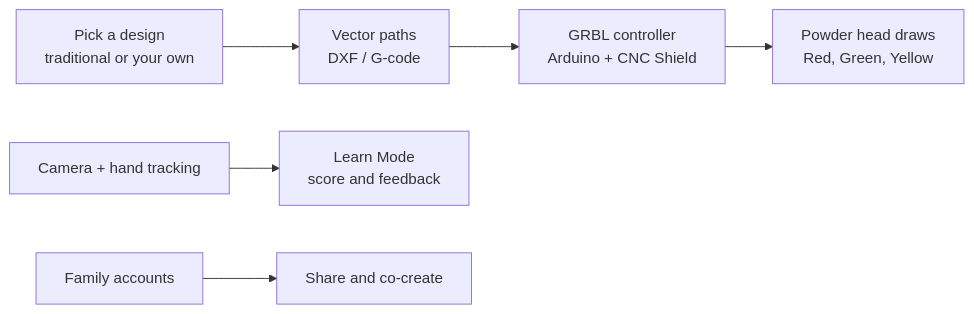
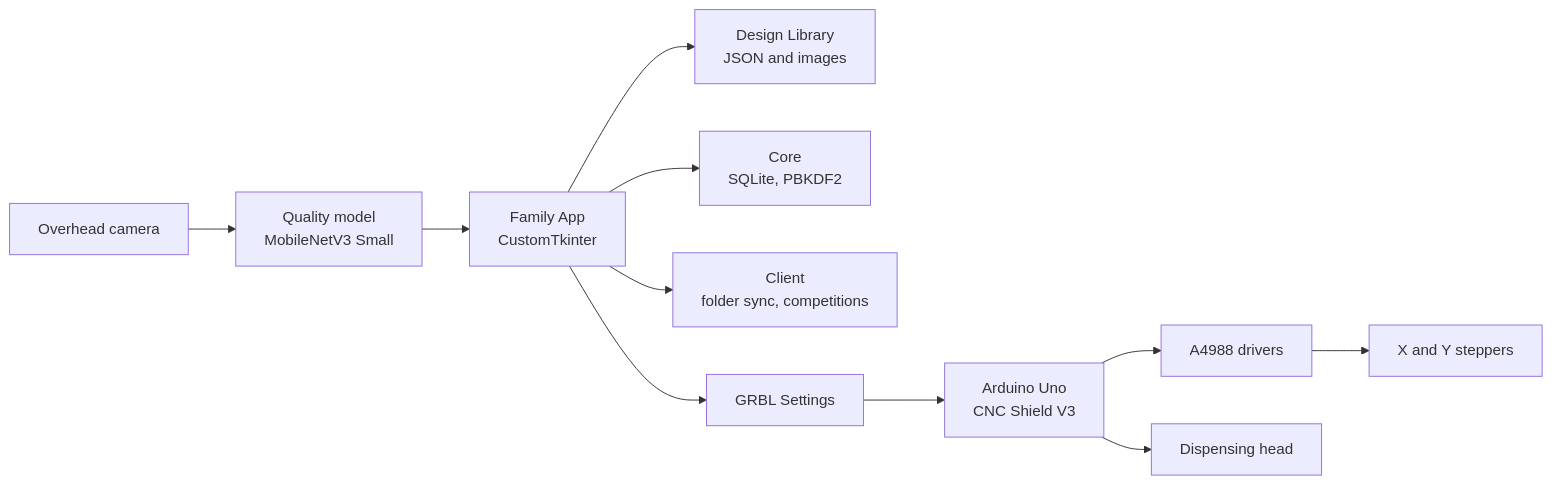
One commit to Aarav-111/RoboArt-Squad changed the second of 3 diagrams in README.md. Above: the diagram before and after it, drawn with Mermaid. The commit also changed other lines of this file and 25 other files, not shown here.

````diff
--- a/README.md
+++ b/README.md
@@ -103,8 +201,13 @@
 ```mermaid
 flowchart LR
-    A[Pick a design<br>traditional or your own] --> B[Vector paths<br>DXF / G-code]
-    B --> C[GRBL controller<br>Arduino + CNC Shield]
-    C --> D[Powder head draws<br>Red, Green, Yellow]
-    E[Camera + hand tracking] --> F[Learn Mode<br>score and feedback]
-    G[Family accounts] --> H[Share and co-create]
+    A[Family App<br>CustomTkinter] --> B[Design Library<br>JSON and images]
+    A --> C[Core<br>SQLite, PBKDF2]
+    A --> D[Client<br>folder sync, competitions]
+    A --> E[GRBL Settings]
+    E --> F[Arduino Uno<br>CNC Shield V3]
+    F --> G[A4988 drivers]
+    G --> H[X and Y steppers]
+    F --> I[Dispensing head]
+    J[Overhead camera] --> K[Quality model<br>MobileNetV3 Small]
+    K --> A
 ```
````
